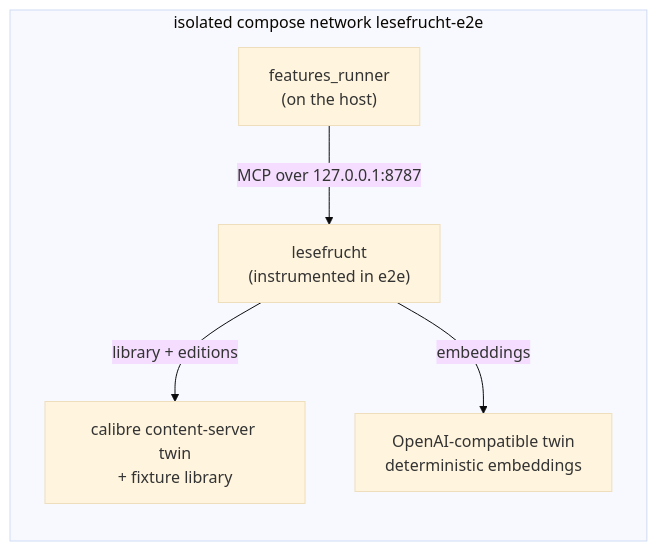
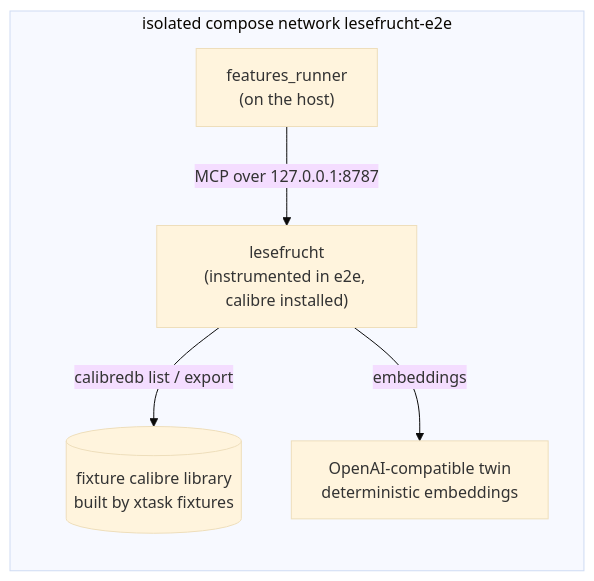
One commit to kressnerd/lesefrucht changed the second of 2 diagrams in docs/arc42/07-deployment-view.md. Above: the diagram before and after it, drawn with Mermaid (base theme). The commit also changed other lines of this file and 23 other files, not shown here.

````diff
--- a/docs/arc42/07-deployment-view.md
+++ b/docs/arc42/07-deployment-view.md
@@ -46,12 +46,12 @@
 ```mermaid
 flowchart LR
   subgraph net["isolated compose network lesefrucht-e2e"]
-    P["lesefrucht<br/>(instrumented in e2e)"]
-    CT["calibre content-server twin<br/>+ fixture library"]
+    P["lesefrucht<br/>(instrumented in e2e, calibre installed)"]
+    LIB[("fixture calibre library<br/>built by xtask fixtures")]
     OT["OpenAI-compatible twin<br/>deterministic embeddings"]
     RUN["features_runner<br/>(on the host)"]
-    P -->|"library + editions"| CT
+    P -->|"calibredb list / export"| LIB
     P -->|"embeddings"| OT
     RUN -->|"MCP over 127.0.0.1:8787"| P
   end
 ```
````
